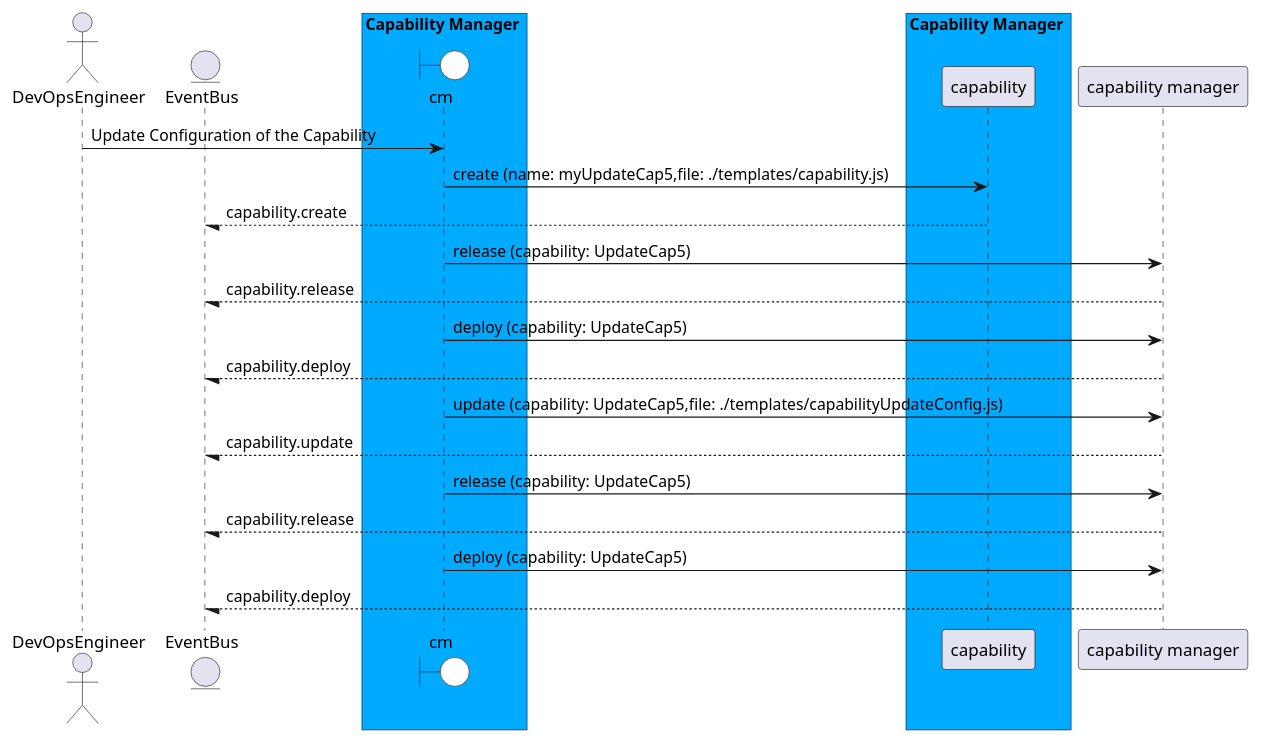
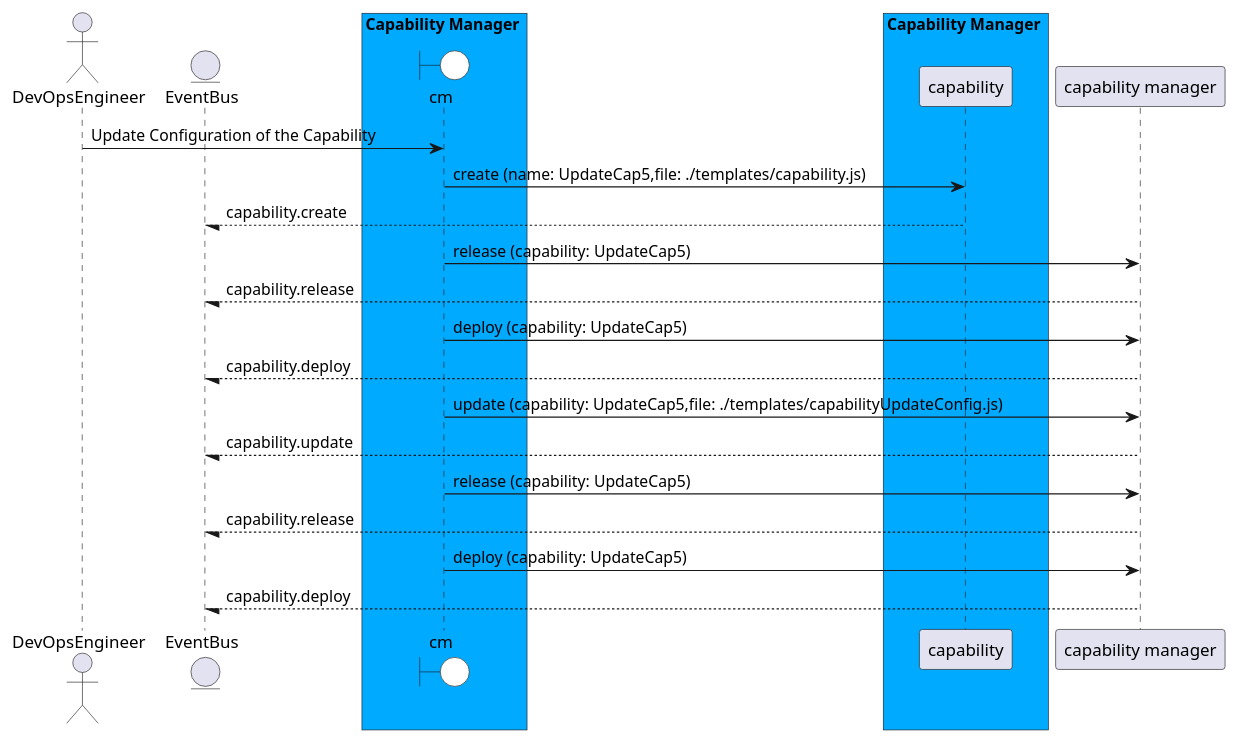
Before and after one commit to madajaju/sabr: the diagram in docs/sabr/aml/cm/usecases/UpdateCapability/UpdateConfigurationoftheCapability.puml, drawn with PlantUML. The commit also changed 572 other files, not shown here.

```diff
--- a/docs/sabr/aml/cm/usecases/UpdateCapability/UpdateConfigurationoftheCapability.puml
+++ b/docs/sabr/aml/cm/usecases/UpdateCapability/UpdateConfigurationoftheCapability.puml
@@ -1,46 +1,46 @@
 @startuml
 
 actor "DevOpsEngineer"
 
 
 entity EventBus
 
 box Capability Manager #00aaff
     boundary cm #white
 end box
 
 
 box Capability Manager #00aaff
             participant capability
     end box
 
 
 "DevOpsEngineer" -> cm: Update Configuration of the Capability
 
-    cm -> "capability": create (name: myUpdateCap5,file: ./templates/capability.js)
+    cm -> "capability": create (name: UpdateCap5,file: ./templates/capability.js)
 
     "capability" --/ EventBus: capability.create
 
     cm -> "capability manager": release (capability: UpdateCap5)
 
     "capability manager" --/ EventBus: capability.release
 
     cm -> "capability manager": deploy (capability: UpdateCap5)
 
     "capability manager" --/ EventBus: capability.deploy
 
     cm -> "capability manager": update (capability: UpdateCap5,file: ./templates/capabilityUpdateConfig.js)
 
     "capability manager" --/ EventBus: capability.update
 
     cm -> "capability manager": release (capability: UpdateCap5)
 
     "capability manager" --/ EventBus: capability.release
 
     cm -> "capability manager": deploy (capability: UpdateCap5)
 
     "capability manager" --/ EventBus: capability.deploy
 
 
 
 @enduml
```
